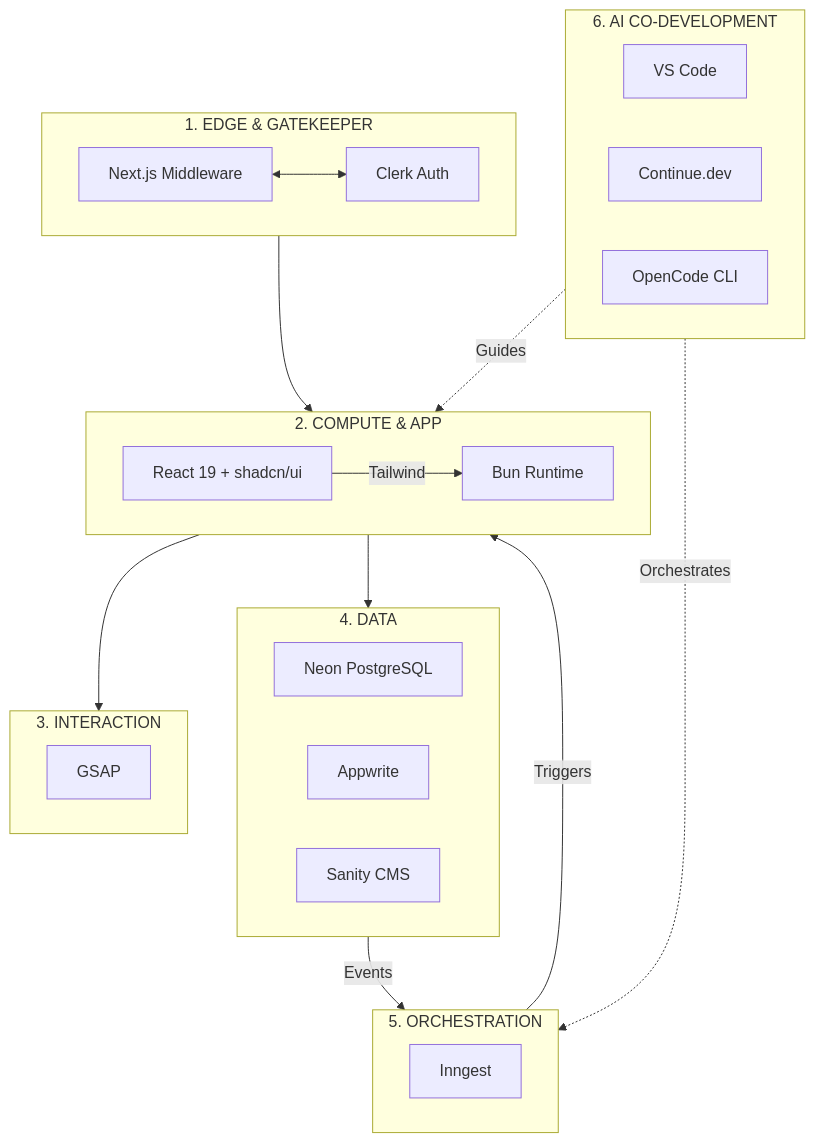
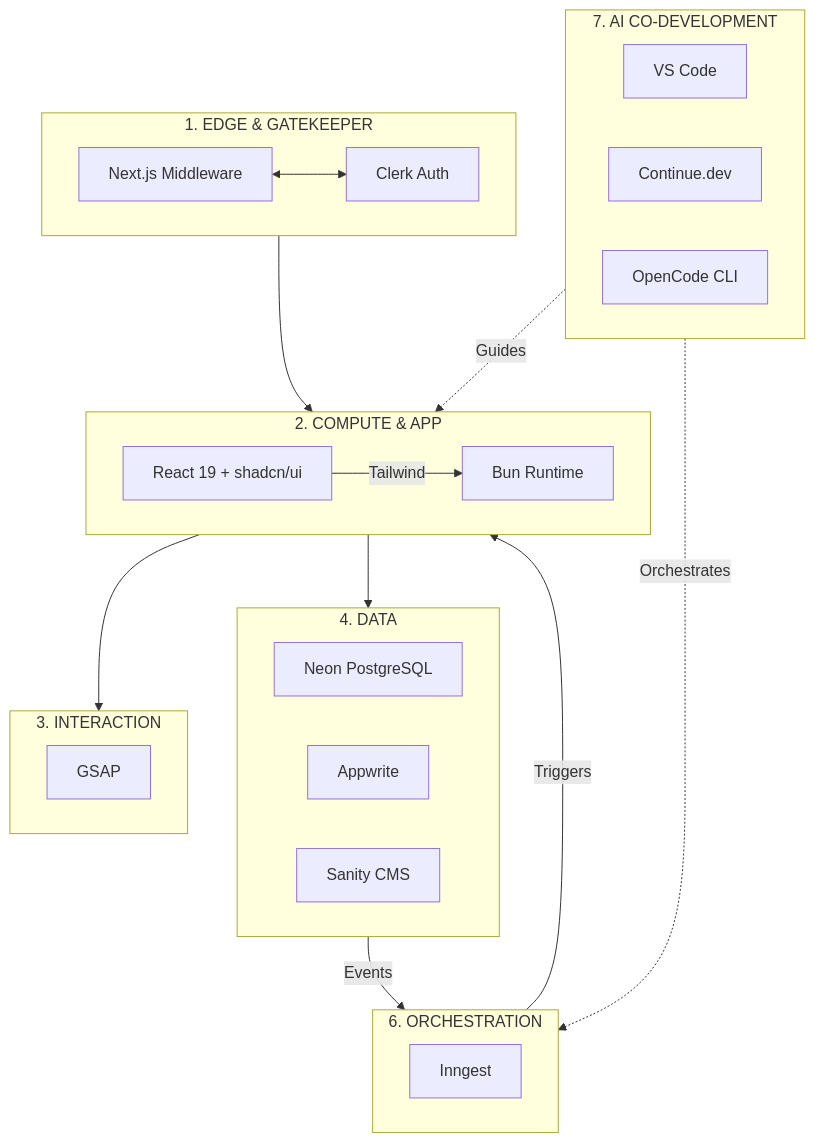
One commit to seanwhs/Plans changed the first of 2 diagrams in Becoming-an-Architect-Solopreneur/Part-1-My-Plan-to-Solo-Build-EdgeMind.md. Above: the diagram before and after it, drawn with Mermaid. The commit also changed other lines of this file, not shown here.

````diff
--- a/Becoming-an-Architect-Solopreneur/Part-1-My-Plan-to-Solo-Build-EdgeMind.md
+++ b/Becoming-an-Architect-Solopreneur/Part-1-My-Plan-to-Solo-Build-EdgeMind.md
@@ -42,32 +43,32 @@
 ```mermaid
 flowchart TB
     subgraph EDGE["1. EDGE & GATEKEEPER"]
         M["Next.js Middleware"] <--> C["Clerk Auth"]
     end
     subgraph CL["2. COMPUTE & APP"]
         A["React 19 + shadcn/ui"] -->|Tailwind| B["Bun Runtime"]
     end
     subgraph MOTION["3. INTERACTION"]
         GS["GSAP"]
     end
     subgraph DATA["4. DATA"]
         E["Neon PostgreSQL"]
         D["Appwrite"]
         F["Sanity CMS"]
     end
-    subgraph ORCH["5. ORCHESTRATION"]
+    subgraph ORCH["6. ORCHESTRATION"]
         G["Inngest"]
     end
-    subgraph AI["6. AI CO-DEVELOPMENT"]
+    subgraph AI["7. AI CO-DEVELOPMENT"]
         VS["VS Code"]
         Cont["Continue.dev"]
         Open["OpenCode CLI"]
     end
     EDGE --> CL
     CL --> MOTION
     CL --> DATA
     DATA -->|"Events"| ORCH
     ORCH -->|"Triggers"| CL
     AI -.->|"Guides"| CL
     AI -.->|"Orchestrates"| ORCH
 ```
````
